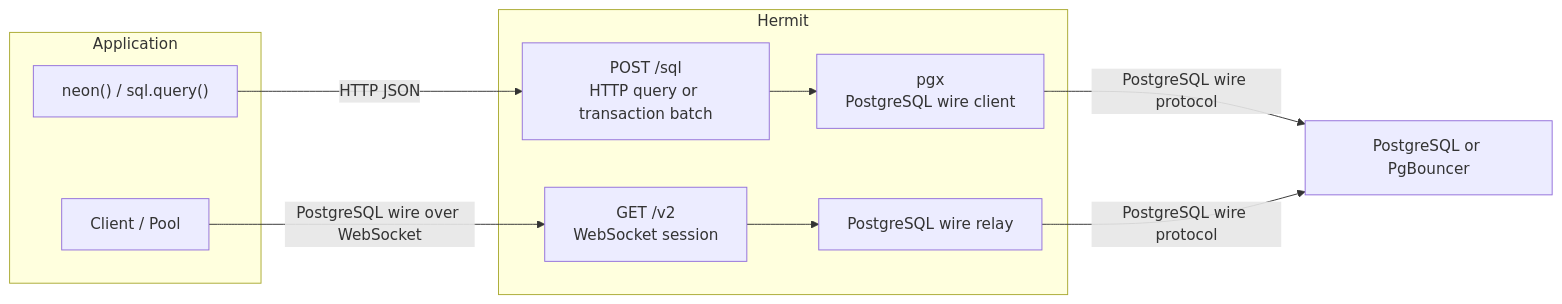
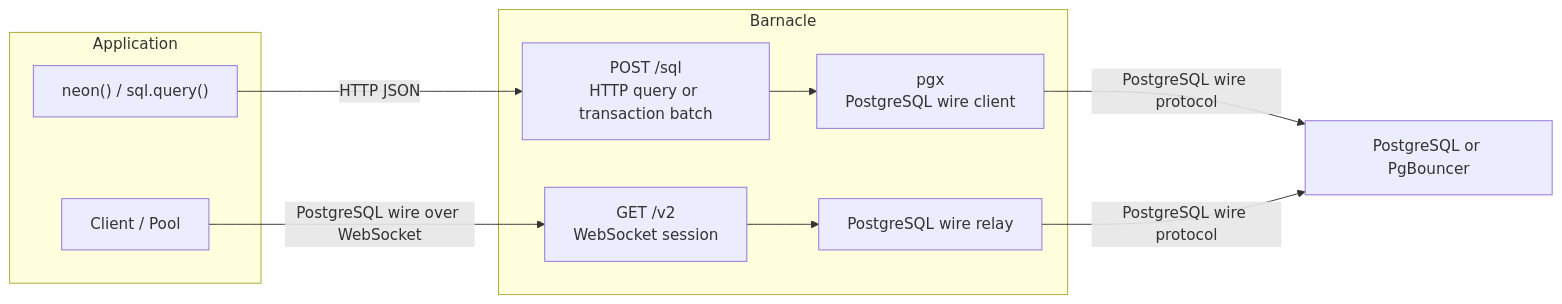
The diagram in README.md (proddata/barnacle), drawn with Mermaid before and after one commit. The commit also changed other lines of this file and 96 other files, not shown here.

First line of the commit message:
Rename Hermit to Barnacle

````diff
--- a/README.md
+++ b/README.md
@@ -5,22 +5,22 @@
 ```mermaid
 flowchart LR
     subgraph App[Application]
         HTTPClient["neon() / sql.query()"]
         WSClient["Client / Pool"]
     end
 
-    subgraph Gateway[Hermit]
+    subgraph Gateway[Barnacle]
         HTTP["POST /sql<br/>HTTP query or transaction batch"]
         PGX["pgx<br/>PostgreSQL wire client"]
         WS["GET /v2<br/>WebSocket session"]
         Relay["PostgreSQL wire relay"]
         HTTP --> PGX
         WS --> Relay
     end
 
     Upstream["PostgreSQL or PgBouncer"]
     HTTPClient -->|HTTP JSON| HTTP
     WSClient -->|PostgreSQL wire over WebSocket| WS
     PGX -->|PostgreSQL wire protocol| Upstream
     Relay -->|PostgreSQL wire protocol| Upstream
 ```
````
